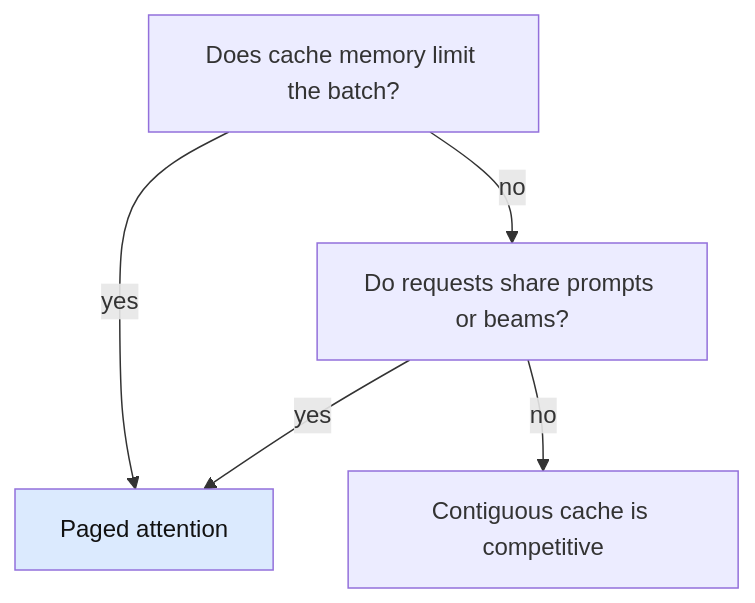
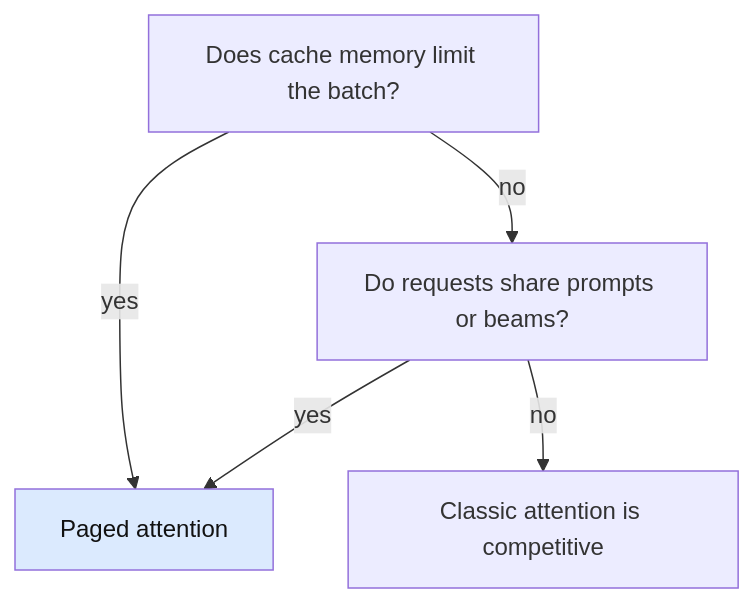
Before and after one commit to mengjiasun1992/sllmwiki-demo: the diagram in sllmwiki/narratives/how-does-classic-attention-compare-with-paged-attention-in-transformers.md, drawn with Mermaid. The commit also changed other lines of this file and 11 other files, not shown here.

````diff
--- a/sllmwiki/narratives/how-does-classic-attention-compare-with-paged-attention-in-transformers.md
+++ b/sllmwiki/narratives/how-does-classic-attention-compare-with-paged-attention-in-transformers.md
@@ -50,9 +50,9 @@
 ```mermaid
 flowchart TD
     A["Does cache memory limit the batch?"] -->|yes| P["Paged attention"]
     A -->|no| B["Do requests share prompts or beams?"]
     B -->|yes| P
-    B -->|no| C["Contiguous cache is competitive"]
+    B -->|no| C["Classic attention is competitive"]
     classDef pick fill:#dbeafe,color:#111
     class P pick
 ```
````
